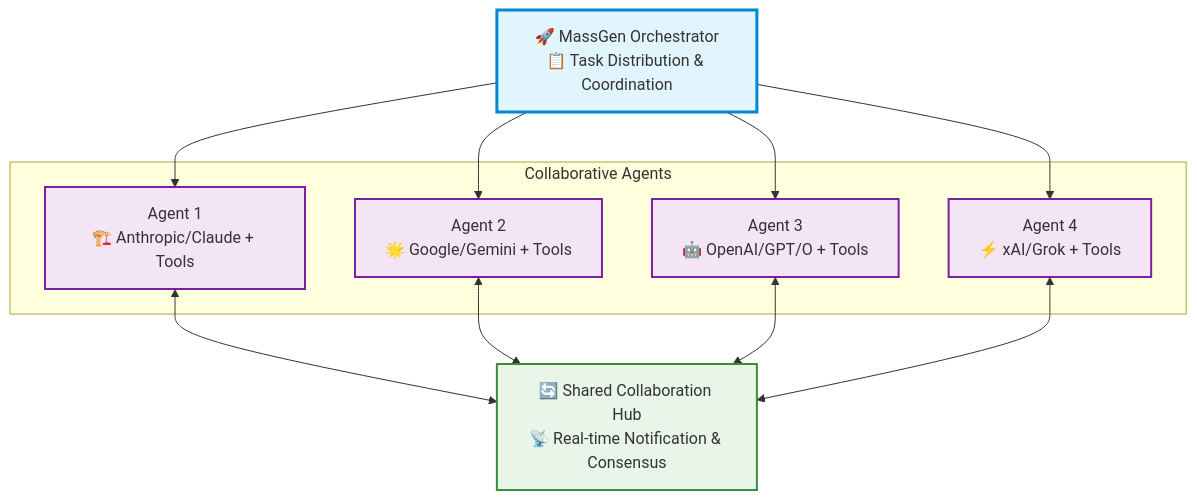
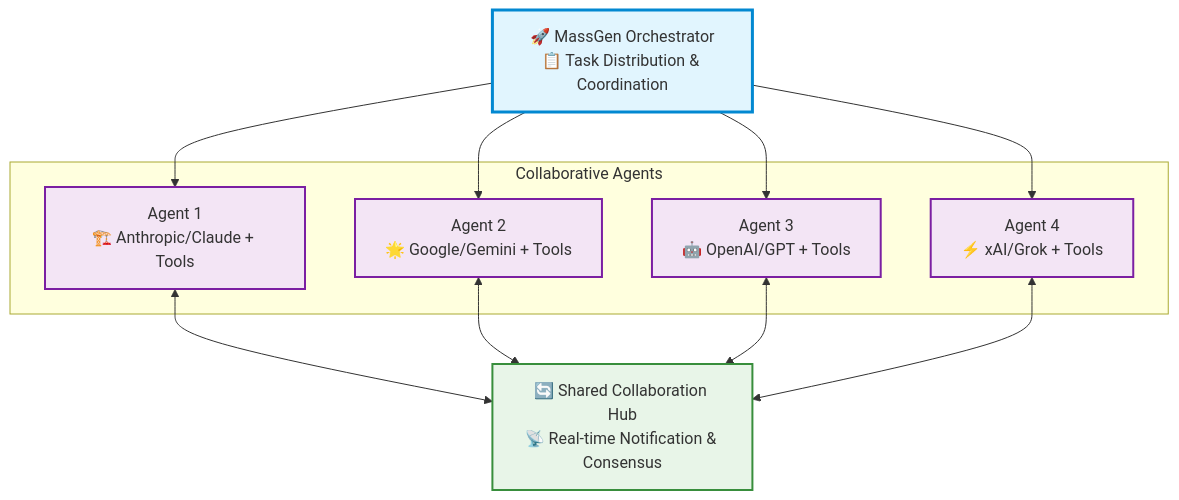
One commit to massgen/MassGen changed the diagram in README.md. Above: the diagram before and after it, drawn with Mermaid.

Commit message:
remove /o

````diff
--- a/README.md
+++ b/README.md
@@ -126,24 +126,24 @@
 ```mermaid
 graph TB
     O[🚀 MassGen Orchestrator<br/>📋 Task Distribution & Coordination]
 
     subgraph Collaborative Agents
         A1[Agent 1<br/>🏗️ Anthropic/Claude + Tools]
         A2[Agent 2<br/>🌟 Google/Gemini + Tools]
-        A3[Agent 3<br/>🤖 OpenAI/GPT/O + Tools]
+        A3[Agent 3<br/>🤖 OpenAI/GPT + Tools]
         A4[Agent 4<br/>⚡ xAI/Grok + Tools]
     end
 
     H[🔄 Shared Collaboration Hub<br/>📡 Real-time Notification & Consensus]
 
     O --> A1 & A2 & A3 & A4
     A1 & A2 & A3 & A4 <--> H
 
     classDef orchestrator fill:#e1f5fe,stroke:#0288d1,stroke-width:3px
     classDef agent fill:#f3e5f5,stroke:#7b1fa2,stroke-width:2px
     classDef hub fill:#e8f5e8,stroke:#388e3c,stroke-width:2px
 
     class O orchestrator
     class A1,A2,A3,A4 agent
     class H hub
 ```
````
